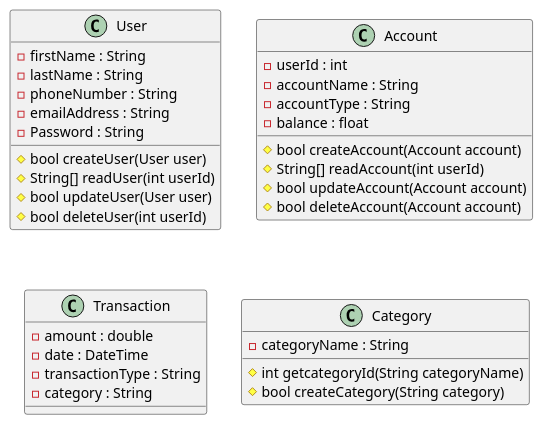
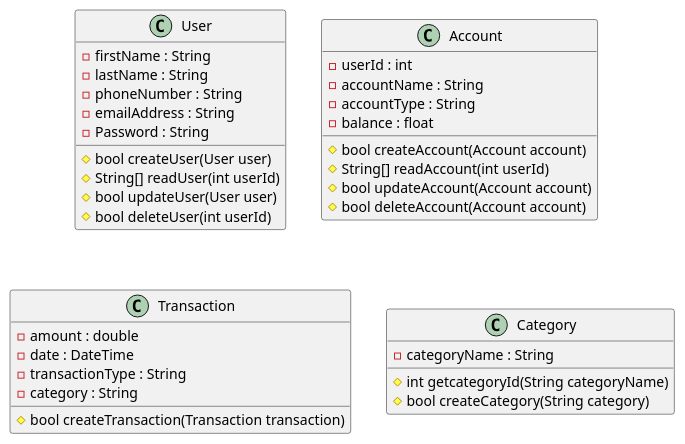
One commit to J-M-Bell/ArcherFinancial changed the diagram in Docs/3. Design/AF Diagrams/Class Diagrams/AF Class Diagram.puml. Above: the diagram before and after it, drawn with PlantUML.

Commit message:
edited class diagram

```diff
--- a/Docs/3. Design/AF Diagrams/Class Diagrams/AF Class Diagram.puml
+++ b/Docs/3. Design/AF Diagrams/Class Diagrams/AF Class Diagram.puml
@@ -3,58 +3,60 @@
 @startuml Archer Financial Class Diagram
 
 'groups two or more similar arrows together
 skinparam groupInheritance 2
 
 'Classes
 class User 
 {
 -firstName : String
 -lastName : String
 -phoneNumber : String
 -emailAddress : String
 -Password : String
 
 #bool createUser(User user)
 #String[] readUser(int userId)
 #bool updateUser(User user)
 #bool deleteUser(int userId)
 }
 
 
 class Account 
 {
 -userId : int
 -accountName : String
 -accountType : String
 -balance : float 
 
 #bool createAccount(Account account)
 #String[] readAccount(int userId)
 #bool updateAccount(Account account)
 #bool deleteAccount(Account account)  
 }
 
 
 class Transaction 
 {
 -amount : double
 -date : DateTime
 -transactionType : String
 -category : String
+
+#bool createTransaction(Transaction transaction)
 }
 
 class Category
 {
 -categoryName : String
 
 #int getcategoryId(String categoryName)
 #bool createCategory(String category)
 }
 
 
 
 'Class Relationships (Composition, Aggregation, and Extension/Inheritance [superclass notation])
 
 
 
 @enduml
```
